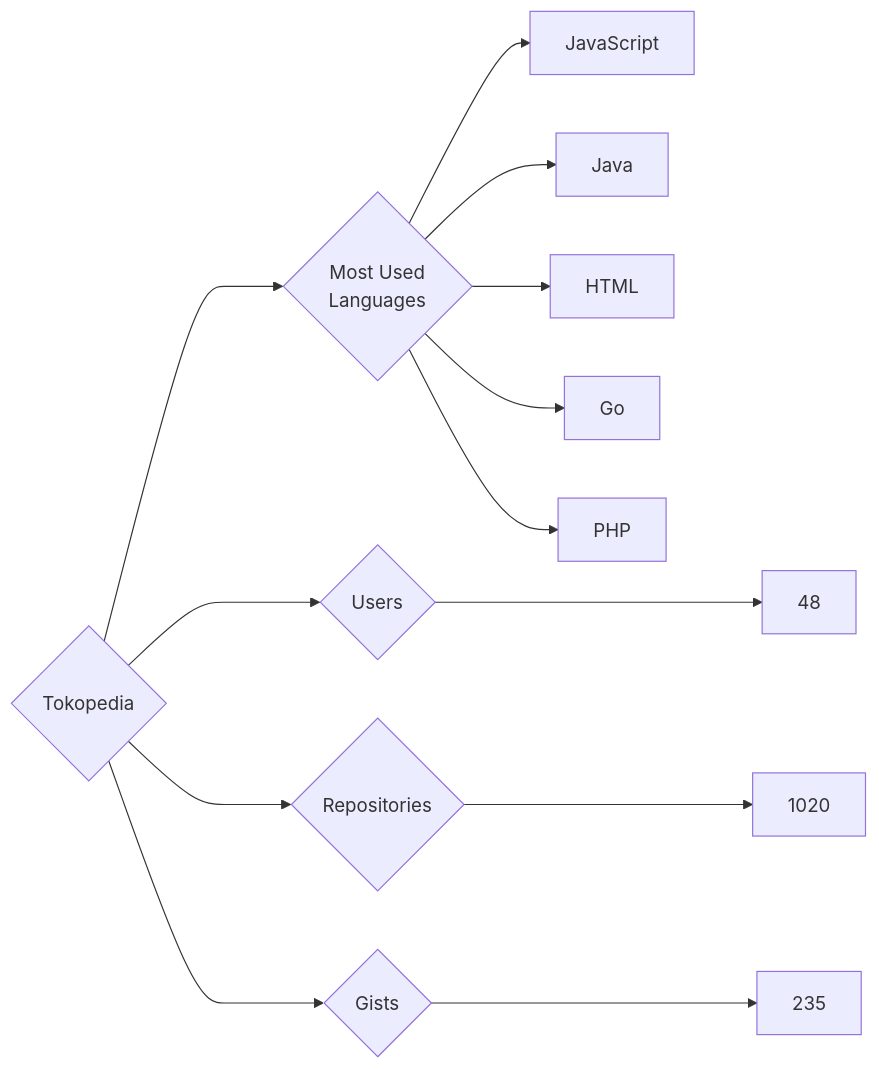
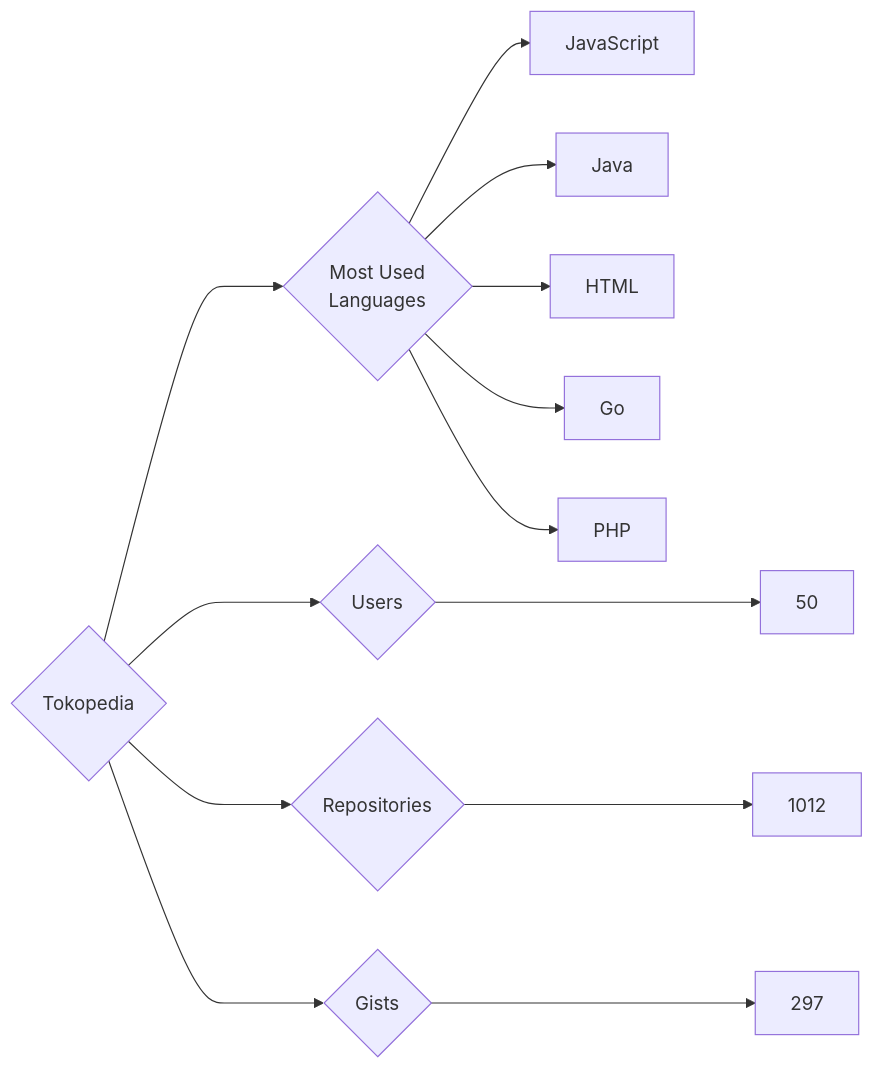
The diagram in targets/Tokopedia/README.md (trickest/insiders), drawn with Mermaid before and after one commit. The commit also changed 833 other files, not shown here.

````diff
--- a/targets/Tokopedia/README.md
+++ b/targets/Tokopedia/README.md
@@ -3,13 +3,13 @@
 ```mermaid
 graph LR
 COMPANY_NAME{Tokopedia}
-COMPANY_NAME ---> U{Users} ---> UN[48]
-COMPANY_NAME ---> R{Repositories} ---> RN[1020]
-COMPANY_NAME ---> G{Gists} ---> GN[235]
+COMPANY_NAME ---> U{Users} ---> UN[50]
+COMPANY_NAME ---> R{Repositories} ---> RN[1012]
+COMPANY_NAME ---> G{Gists} ---> GN[297]
 COMPANY_NAME ---> ML{Most Used<br>Languages}
 ML --> JavaScript[JavaScript]
 ML --> Java[Java]
 ML --> HTML[HTML]
 ML --> Go[Go]
 ML --> PHP[PHP]
 ```
````
